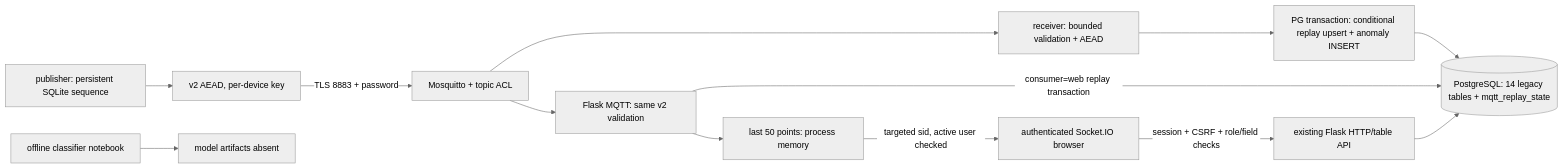
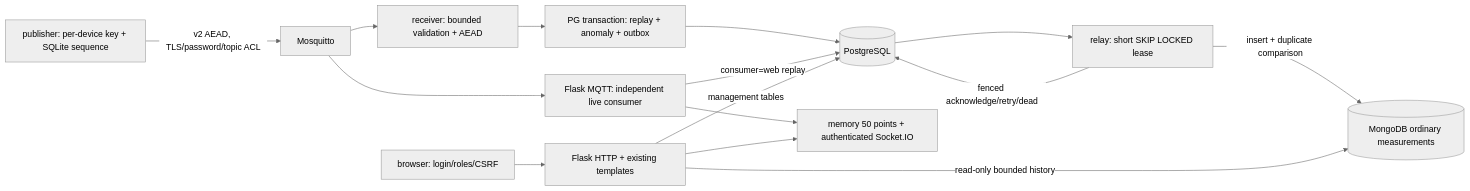
The diagram in docs/CURRENT_ARCHITECTURE.md (OneBumBot/Light-Crypto-Manager), drawn with Mermaid (neutral theme) before and after one commit. The commit also changed other lines of this file and 13 other files, not shown here.

````diff
--- a/docs/CURRENT_ARCHITECTURE.md
+++ b/docs/CURRENT_ARCHITECTURE.md
@@ -7,15 +7,17 @@
 ```mermaid
 flowchart LR
-    S["publisher: persistent SQLite sequence"] --> P["v2 AEAD, per-device key"]
-    P -->|"TLS 8883 + password"| B["Mosquitto + topic ACL"]
+    P["publisher: per-device key + SQLite sequence"] -->|"v2 AEAD, TLS/password/topic ACL"| B[Mosquitto]
     B --> R["receiver: bounded validation + AEAD"]
-    B --> W["Flask MQTT: same v2 validation"]
-    R --> T["PG transaction: conditional replay upsert + anomaly INSERT"]
-    T --> D[("PostgreSQL: 14 legacy tables + mqtt_replay_state")]
-    W -->|"consumer=web replay transaction"| D
-    W --> M["last 50 points: process memory"]
-    M -->|"targeted sid, active user checked"| U["authenticated Socket.IO browser"]
-    U -->|"session + CSRF + role/field checks"| H["existing Flask HTTP/table API"]
-    H --> D
-    N["offline classifier notebook"] --> F["model artifacts absent"]
+    R --> T["PG transaction: replay + anomaly + outbox"]
+    T --> PG[(PostgreSQL)]
+    PG --> C["relay: short SKIP LOCKED lease"]
+    C -->|"insert + duplicate comparison"| M[("MongoDB ordinary measurements")]
+    C -->|"fenced acknowledge/retry/dead"| PG
+    B --> W["Flask MQTT: independent live consumer"]
+    W -->|"consumer=web replay"| PG
+    W --> S["memory 50 points + authenticated Socket.IO"]
+    U["browser: login/roles/CSRF"] --> F["Flask HTTP + existing templates"]
+    F -->|"management tables"| PG
+    F -->|"read-only bounded history"| M
+    F --> S
 ```
````
